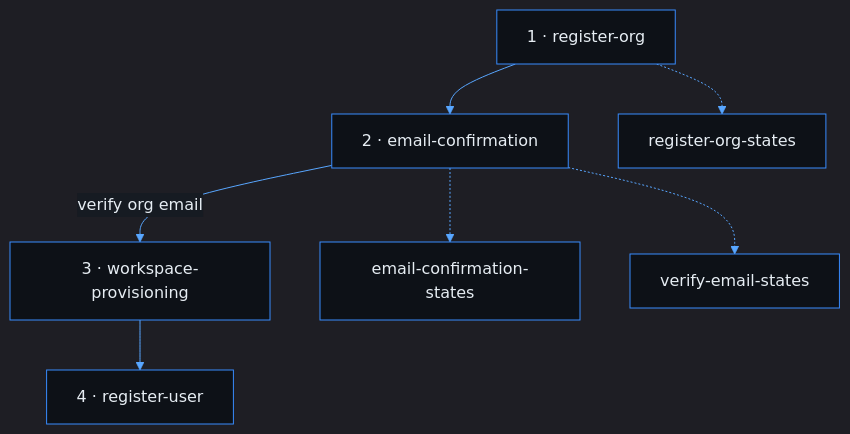
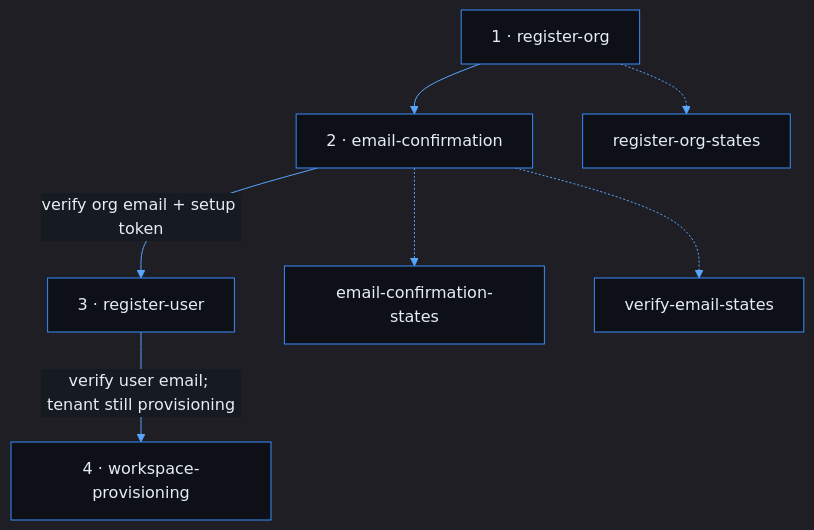
Before and after one commit to phuongnse/axis: the first of 3 diagrams in docs/use-cases/platform-foundation/register-org/README.md, drawn with Mermaid. The commit also changed other lines of this file and 49 other files, not shown here.

````diff
--- a/docs/use-cases/platform-foundation/register-org/README.md
+++ b/docs/use-cases/platform-foundation/register-org/README.md
@@ -117,18 +117,18 @@
 ```mermaid
 %%{init: {'theme':'dark','themeVariables':{'background':'#0d1117','mainBkg':'#0d1117','primaryColor':'#161b22','primaryBorderColor':'#388bfd','primaryTextColor':'#e6edf3','secondaryColor':'#21262d','secondaryBorderColor':'#388bfd','secondaryTextColor':'#e6edf3','tertiaryColor':'#161b22','tertiaryTextColor':'#e6edf3','lineColor':'#58a6ff','textColor':'#e6edf3','nodeBorder':'#388bfd','clusterBkg':'#161b22','clusterBorder':'#388bfd','titleColor':'#e6edf3','edgeLabelBackground':'#161b22','actorBkg':'#161b22','actorBorder':'#388bfd','actorTextColor':'#e6edf3','signalColor':'#58a6ff','labelBoxBkgColor':'#161b22','labelBoxBorderColor':'#388bfd','noteBkgColor':'#161b22','noteBorderColor':'#388bfd','noteTextColor':'#c9d1d9','activationBkgColor':'#30363d'}}}%%
 flowchart TD
   entry["1 · register-org"]
   confirm["2 · email-confirmation"]
-  provision["3 · workspace-provisioning"]
-  user["4 · register-user"]
+  user["3 · register-user"]
+  provision["4 · workspace-provisioning"]
   errEntry["register-org-states"]
   errEmail["email-confirmation-states"]
   errVerify["verify-email-states"]
 
   entry --> confirm
-  confirm -->|"verify org email"| provision
-  provision --> user
+  confirm -->|"verify org email + setup token"| user
+  user -->|"verify user email; tenant still provisioning"| provision
   entry -.-> errEntry
   confirm -.-> errEmail
   confirm -.-> errVerify
 ```
````
